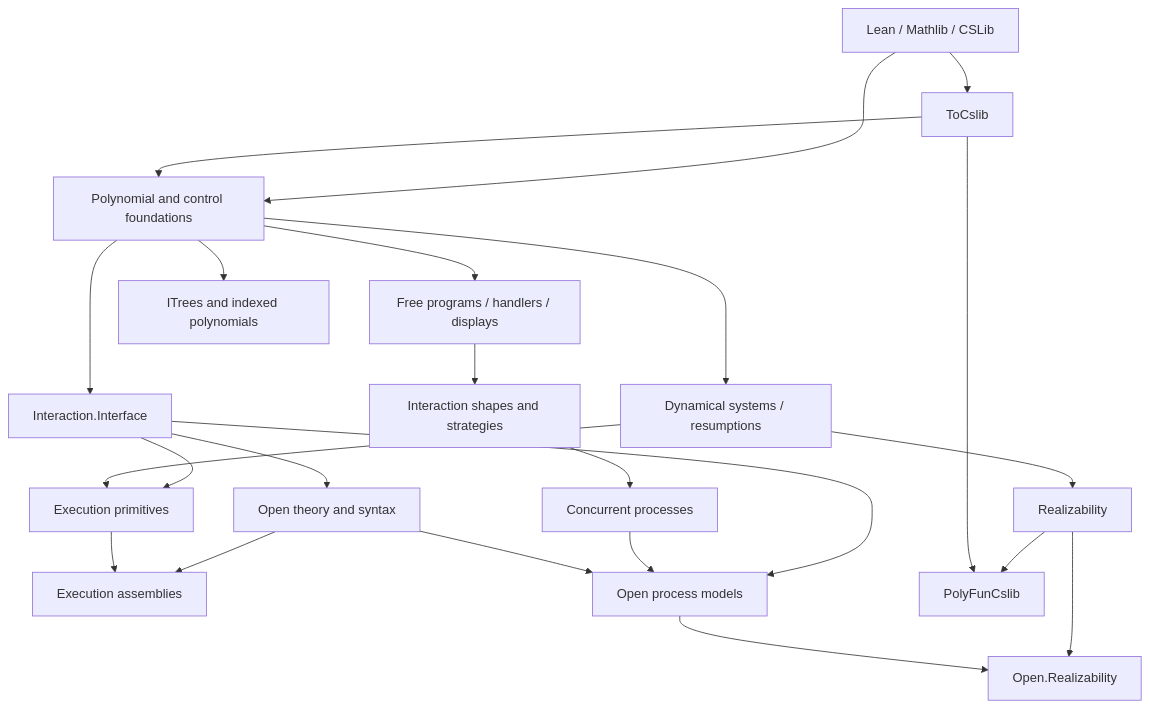
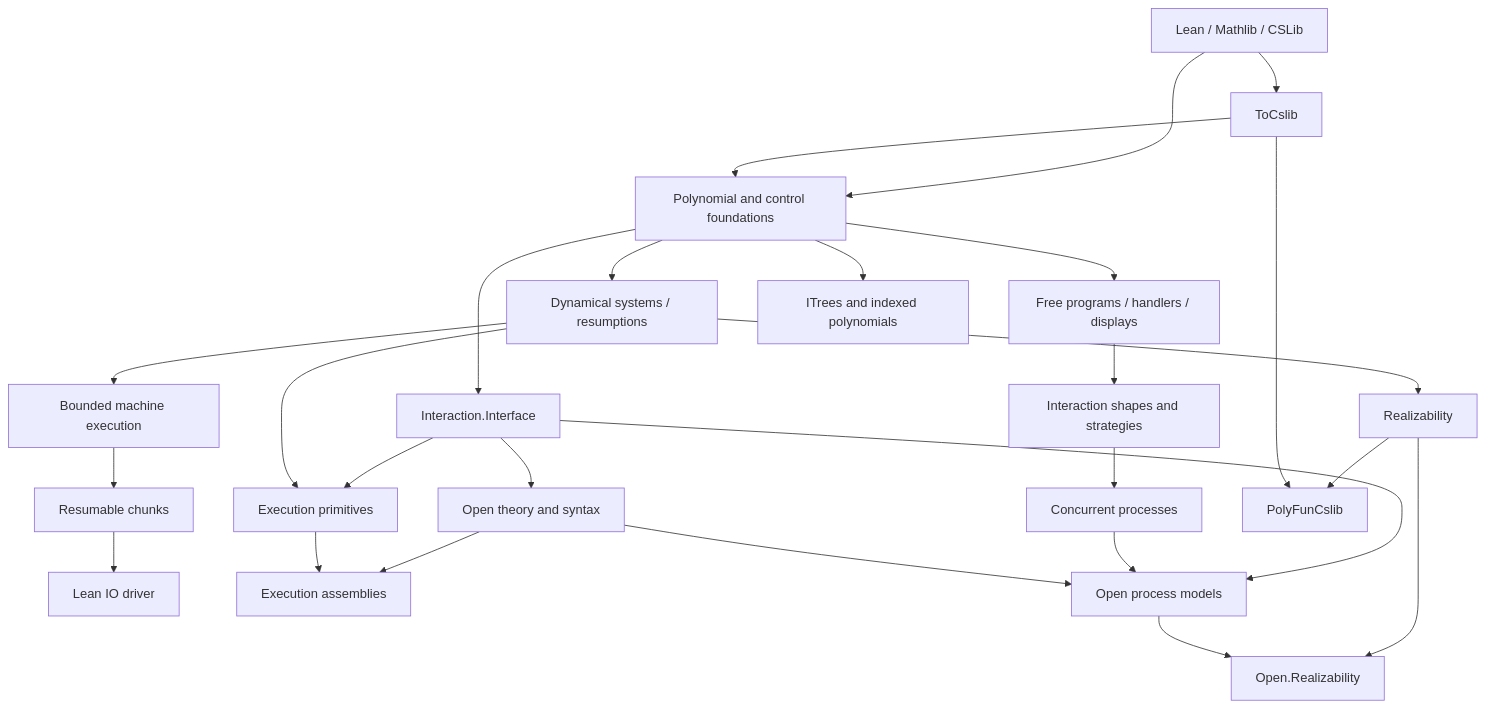
Before and after one commit to Verified-zkEVM/PolyFun: the diagram in docs/reference/repo-map.md, drawn with Mermaid. The commit also changed 8 other files, not shown here.

First line of the commit message:
feat(dynamical): add resumable execution and IO driver (#235)

````diff
--- a/docs/reference/repo-map.md
+++ b/docs/reference/repo-map.md
@@ -46,25 +46,28 @@
 ```mermaid
 flowchart TD
   U[Lean / Mathlib / CSLib] --> T[ToCslib]
   U --> P[Polynomial and control foundations]
   T --> P
   P --> F[Free programs / handlers / displays]
   P --> D[Dynamical systems / resumptions]
+  D --> BD[Bounded machine execution]
+  BD --> RC[Resumable chunks]
+  RC --> IO[Lean IO driver]
   P --> I[ITrees and indexed polynomials]
   F --> S[Interaction shapes and strategies]
   S --> C[Concurrent processes]
   P --> B[Interaction.Interface]
   B --> O[Open theory and syntax]
   B --> E[Execution primitives]
   D --> E
   O --> A[Execution assemblies]
   E --> A
   B --> OP[Open process models]
   C --> OP
   O --> OP
   D --> R[Realizability]
   R --> OR[Open.Realizability]
   OP --> OR
   R --> AD[PolyFunCslib]
   T --> AD
 ```
````
